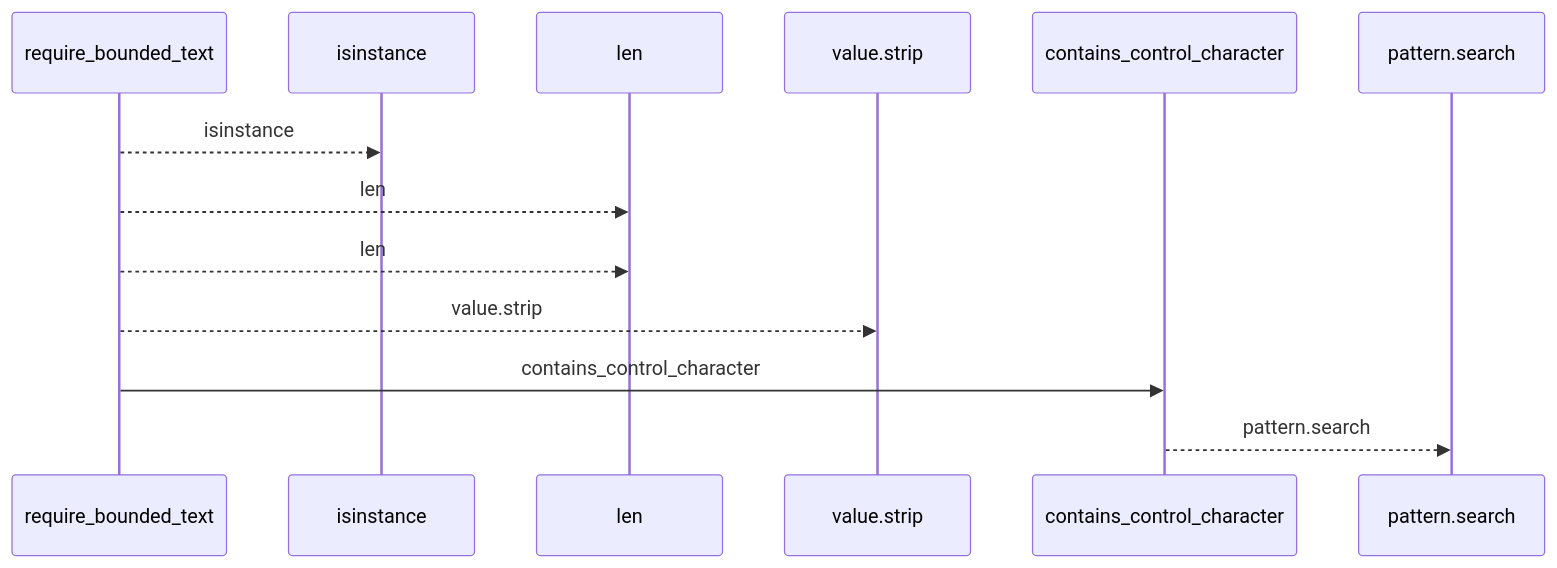
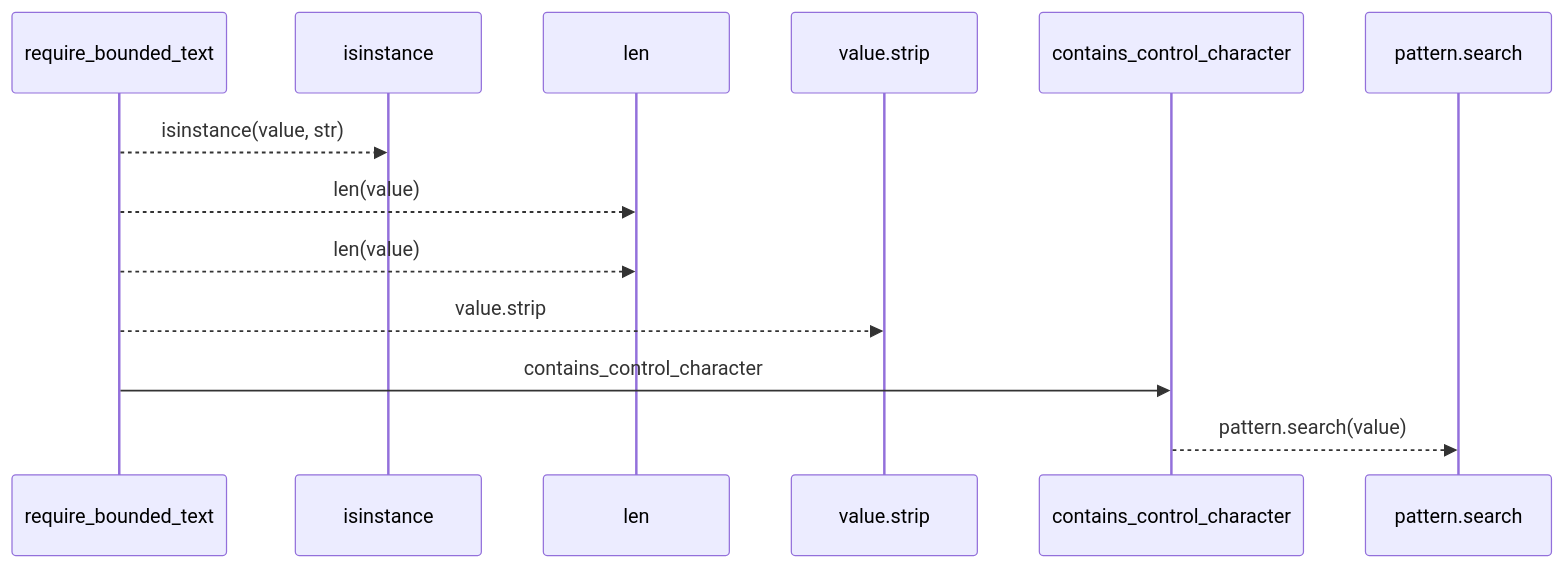
The first of 2 diagrams in docs/llm_wiki/flows/api-require_bounded_text.md (Denissvgn/python-wiki-llm), drawn with Mermaid before and after one commit. The commit also changed other lines of this file and 1410 other files, not shown here.

````diff
--- a/docs/llm_wiki/flows/api-require_bounded_text.md
+++ b/docs/llm_wiki/flows/api-require_bounded_text.md
@@ -10,15 +12,15 @@
 ```mermaid
 sequenceDiagram
     participant p0 as require_bounded_text
     participant p1 as isinstance
     participant p2 as len
     participant p3 as value.strip
     participant p4 as contains_control_character
     participant p5 as pattern.search
-    p0-->>p1: isinstance
-    p0-->>p2: len
-    p0-->>p2: len
+    p0-->>p1: isinstance(value, str)
+    p0-->>p2: len(value)
+    p0-->>p2: len(value)
     p0-->>p3: value.strip
     p0->>p4: contains_control_character
-    p4-->>p5: pattern.search
+    p4-->>p5: pattern.search(value)
 ```
````
